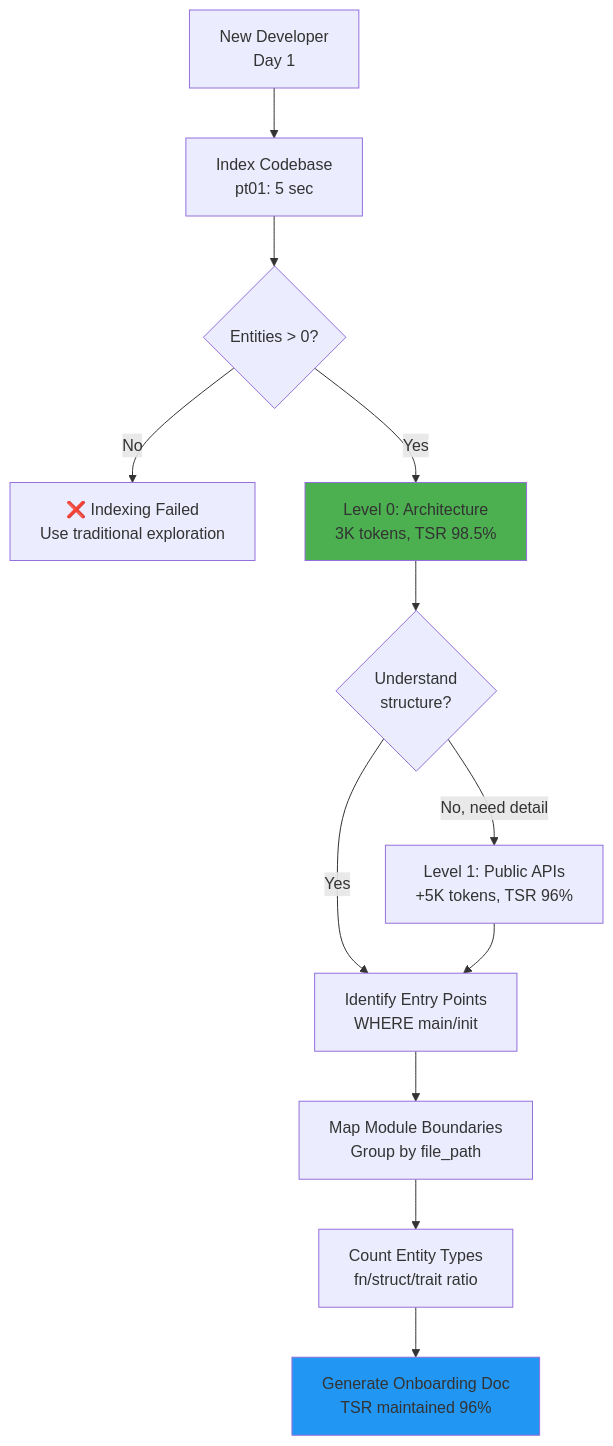
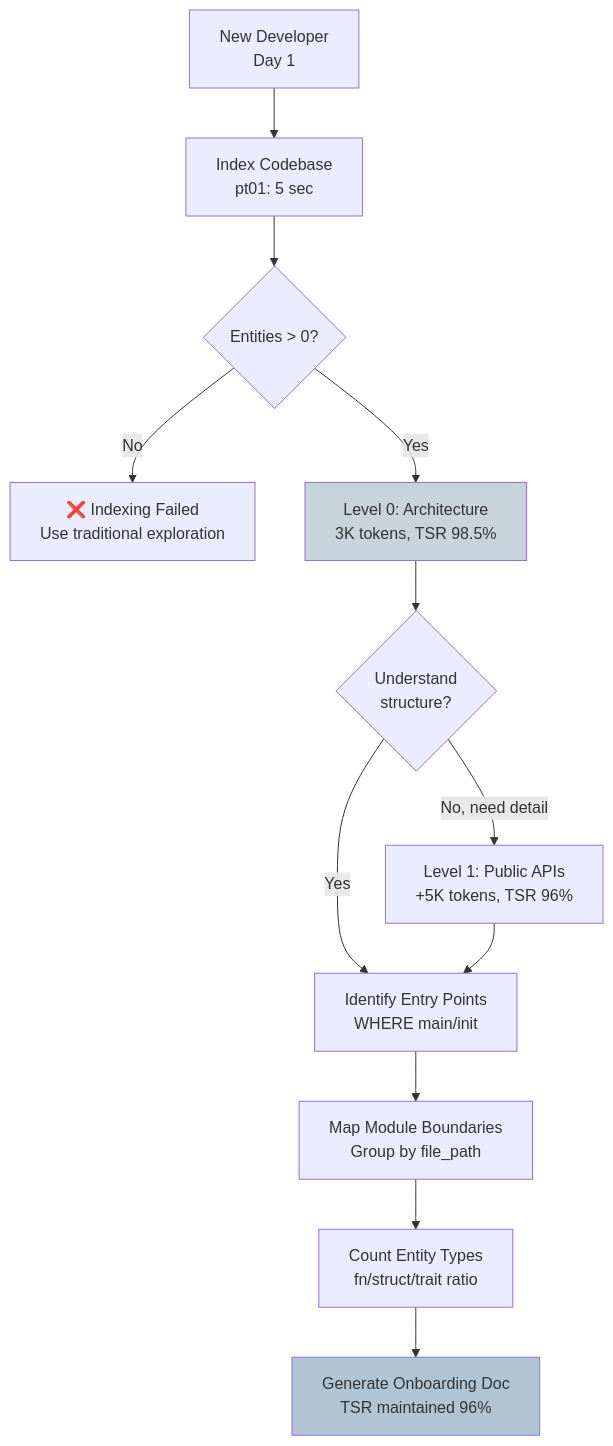
The third of 8 diagrams in .claude/parseltongue-ultrathink.md (that-in-rust/parseltongue), drawn with Mermaid before and after one commit. The commit also changed other lines of this file, not shown here.

First line of the commit message:
style(ultrathink): Replace bright mermaid colors with soothing blue-gray palette

````diff
--- a/.claude/parseltongue-ultrathink.md
+++ b/.claude/parseltongue-ultrathink.md
@@ -164,17 +164,17 @@
   ```mermaid
   flowchart TD
       A[New Developer<br/>Day 1] --> B[Index Codebase<br/>pt01: 5 sec]
       B --> C{Entities > 0?}
       C -->|No| FAIL[❌ Indexing Failed<br/>Use traditional exploration]
       C -->|Yes| D[Level 0: Architecture<br/>3K tokens, TSR 98.5%]
       D --> E{Understand<br/>structure?}
       E -->|No, need detail| F[Level 1: Public APIs<br/>+5K tokens, TSR 96%]
       E -->|Yes| G[Identify Entry Points<br/>WHERE main/init]
       F --> G
       G --> H[Map Module Boundaries<br/>Group by file_path]
       H --> I[Count Entity Types<br/>fn/struct/trait ratio]
       I --> J[Generate Onboarding Doc<br/>TSR maintained 96%]
 
-      style D fill:#4CAF50
-      style J fill:#2196F3
+      style D fill:#C8D4DC
+      style J fill:#B0C4D4
   ```
````
